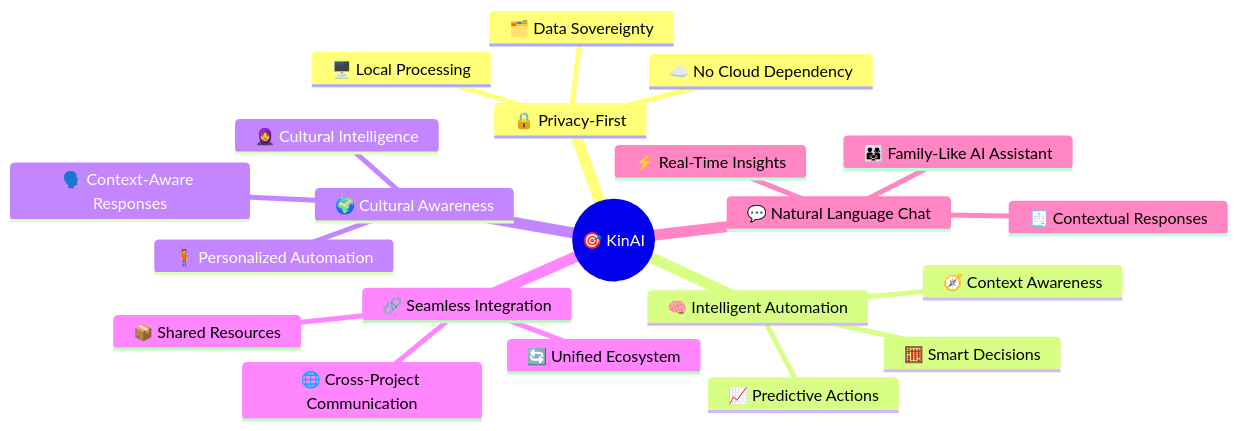
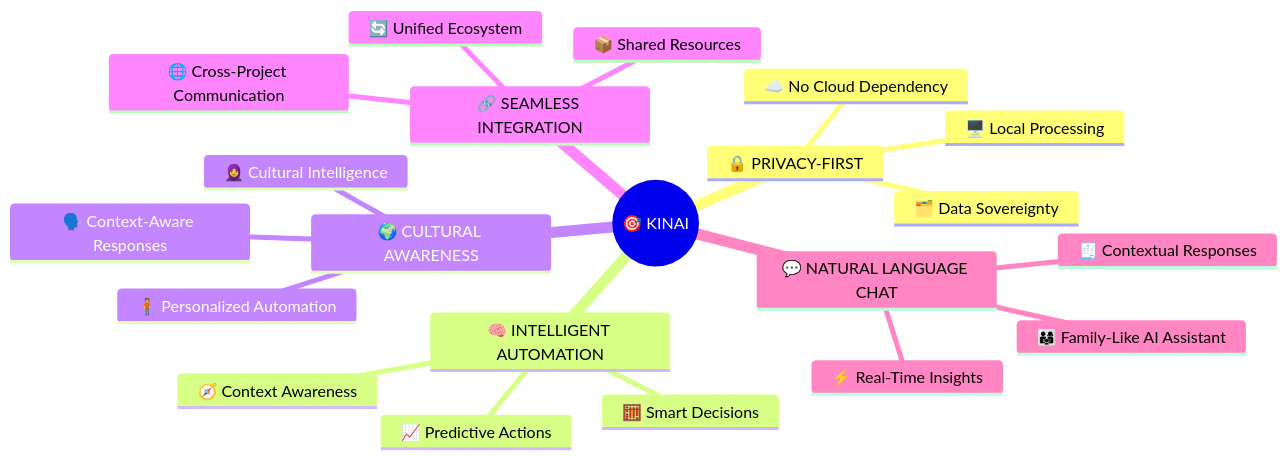
Before and after one commit to Logulokesh/KinAI-Ecosystem: the first of 7 diagrams in README.md, drawn with Mermaid.

````diff
--- a/README.md
+++ b/README.md
@@ -119,24 +119,25 @@
 ```mermaid
 mindmap
-  root((🎯 KinAI))
-    🔒 Privacy-First
+  root((🎯 KINAI))
+    🔒 PRIVACY-FIRST
       🖥️ Local Processing
       ☁️ No Cloud Dependency
       🗂️ Data Sovereignty
-    🧠 Intelligent Automation
+    🧠 INTELLIGENT AUTOMATION
       🧮 Smart Decisions
       🧭 Context Awareness
       📈 Predictive Actions
-    🌍 Cultural Awareness
+    🌍 CULTURAL AWARENESS
       🗣️ Context-Aware Responses
       🧕 Cultural Intelligence
       🧍 Personalized Automation
-    🔗 Seamless Integration
+    🔗 SEAMLESS INTEGRATION
       🔄 Unified Ecosystem
       🌐 Cross-Project Communication
       📦 Shared Resources
-    💬 Natural Language Chat
+    💬 NATURAL LANGUAGE CHAT
       👨‍👩‍👧 Family-Like AI Assistant
       🧾 Contextual Responses
       ⚡ Real-Time Insights
+
 ```
````
